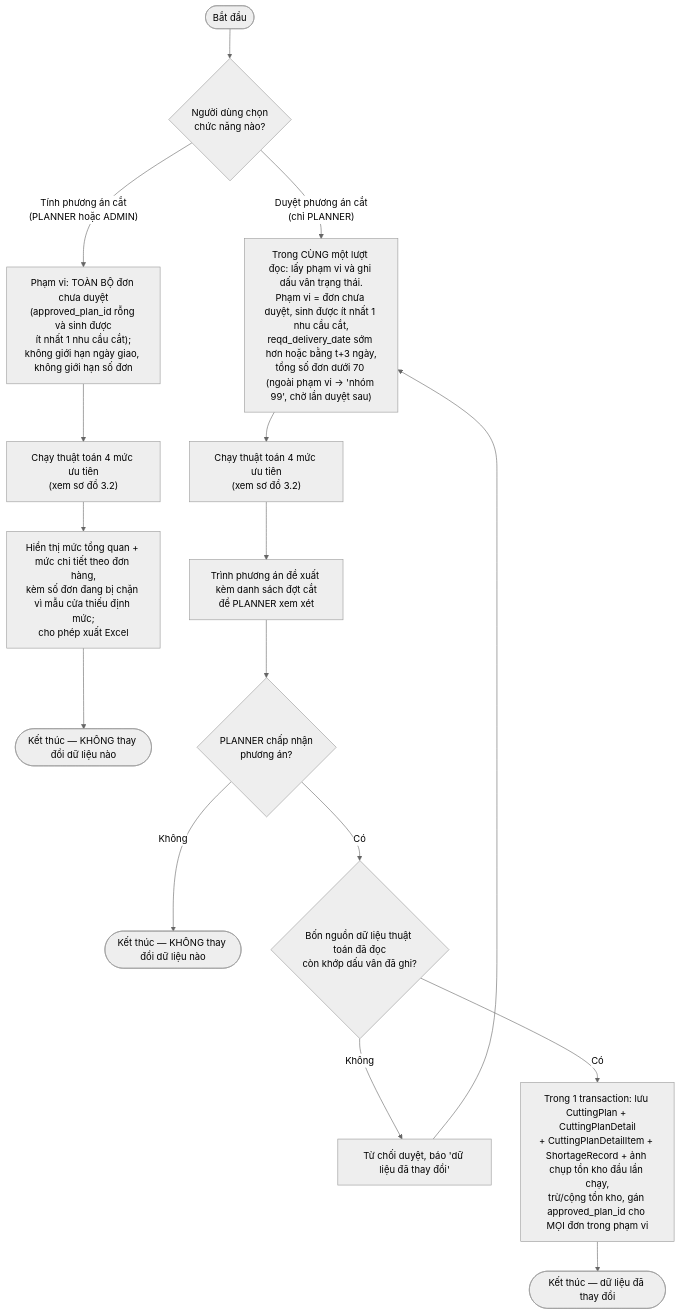
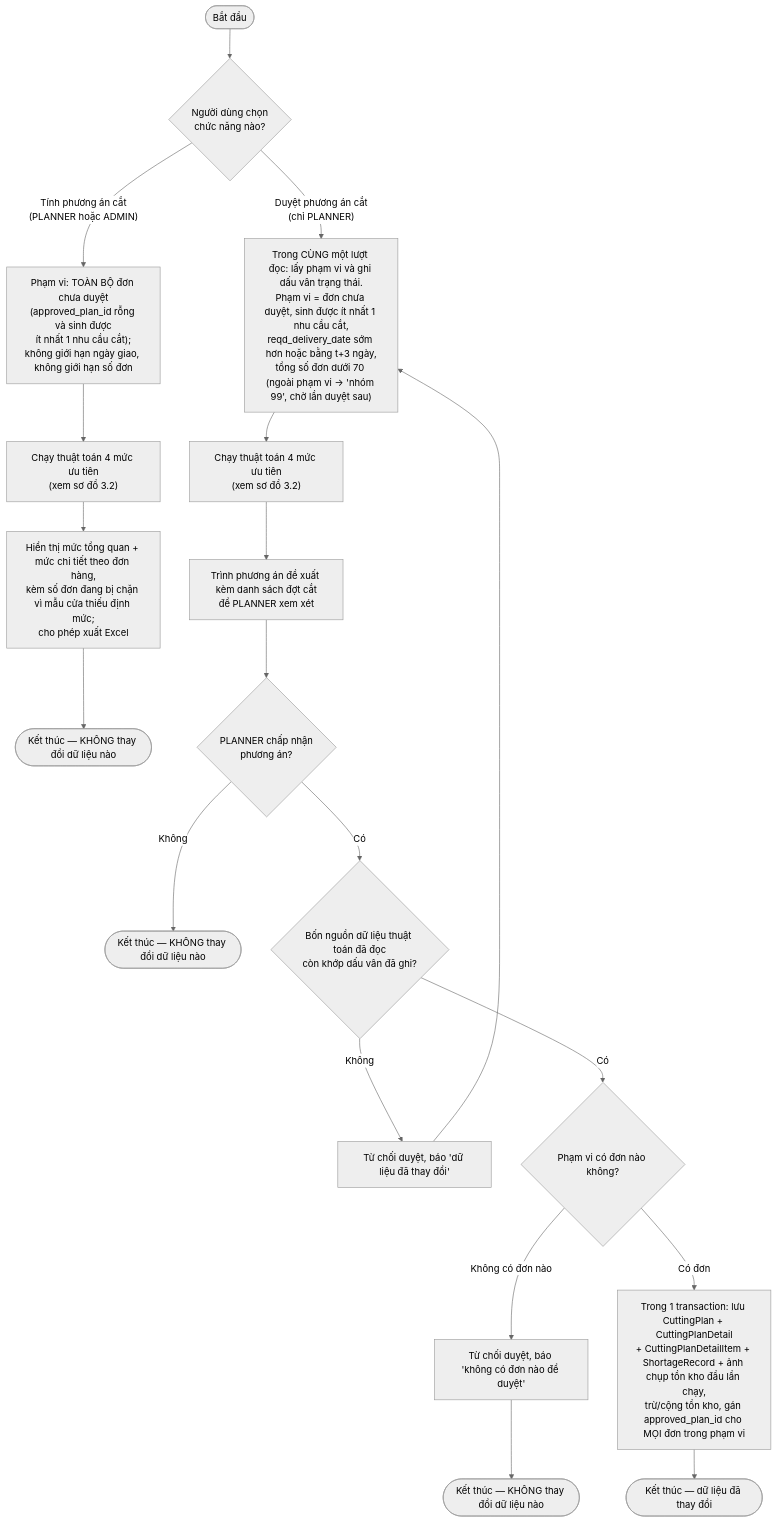
The third of 5 diagrams in docs/activity-diagrams.md (huydeptraii123/GraduationThesis), drawn with Mermaid (neutral theme) before and after one commit. The commit also changed other lines of this file and 4 other files, not shown here.

First line of the commit message:
docs: đặc tả việc từ chối duyệt khi phạm vi không còn đơn nào

````diff
--- a/docs/activity-diagrams.md
+++ b/docs/activity-diagrams.md
@@ -101,20 +101,23 @@
 ```mermaid
 flowchart TD
     A([Bắt đầu]) --> B{"Người dùng chọn<br/>chức năng nào?"}
 
     B -- "Tính phương án cắt<br/>(PLANNER hoặc ADMIN)" --> C["Phạm vi: TOÀN BỘ đơn chưa duyệt<br/>(approved_plan_id rỗng và sinh được<br/>ít nhất 1 nhu cầu cắt);<br/>không giới hạn ngày giao, không giới hạn số đơn"]
     C --> D["Chạy thuật toán 4 mức ưu tiên<br/>(xem sơ đồ 3.2)"]
     D --> E["Hiển thị mức tổng quan + mức chi tiết theo đơn hàng,<br/>kèm số đơn đang bị chặn vì mẫu cửa thiếu định mức;<br/>cho phép xuất Excel"]
     E --> Z1([Kết thúc — KHÔNG thay đổi dữ liệu nào])
 
     B -- "Duyệt phương án cắt<br/>(chỉ PLANNER)" --> F["Trong CÙNG một lượt đọc: lấy phạm vi và ghi dấu vân trạng thái.<br/>Phạm vi = đơn chưa duyệt, sinh được ít nhất 1 nhu cầu cắt,<br/>reqd_delivery_date sớm hơn hoặc bằng t+3 ngày,<br/>tổng số đơn dưới 70 (ngoài phạm vi → 'nhóm 99', chờ lần duyệt sau)"]
     F --> G["Chạy thuật toán 4 mức ưu tiên<br/>(xem sơ đồ 3.2)"]
     G --> I["Trình phương án đề xuất kèm danh sách đợt cắt<br/>để PLANNER xem xét"]
     I --> J{"PLANNER chấp nhận<br/>phương án?"}
     J -- "Không" --> Z2([Kết thúc — KHÔNG thay đổi dữ liệu nào])
     J -- "Có" --> K{"Bốn nguồn dữ liệu thuật toán đã đọc<br/>còn khớp dấu vân đã ghi?"}
     K -- "Không" --> K1["Từ chối duyệt, báo 'dữ liệu đã thay đổi'"]
     K1 --> F
-    K -- "Có" --> L["Trong 1 transaction: lưu CuttingPlan + CuttingPlanDetail<br/>+ CuttingPlanDetailItem + ShortageRecord + ảnh chụp tồn kho đầu lần chạy,<br/>trừ/cộng tồn kho, gán approved_plan_id cho MỌI đơn trong phạm vi"]
+    K -- "Có" --> M{"Phạm vi có đơn nào không?"}
+    M -- "Không có đơn nào" --> M1["Từ chối duyệt, báo 'không có đơn nào để duyệt'"]
+    M1 --> Z4([Kết thúc — KHÔNG thay đổi dữ liệu nào])
+    M -- "Có đơn" --> L["Trong 1 transaction: lưu CuttingPlan + CuttingPlanDetail<br/>+ CuttingPlanDetailItem + ShortageRecord + ảnh chụp tồn kho đầu lần chạy,<br/>trừ/cộng tồn kho, gán approved_plan_id cho MỌI đơn trong phạm vi"]
     L --> Z3([Kết thúc — dữ liệu đã thay đổi])
 ```
````
